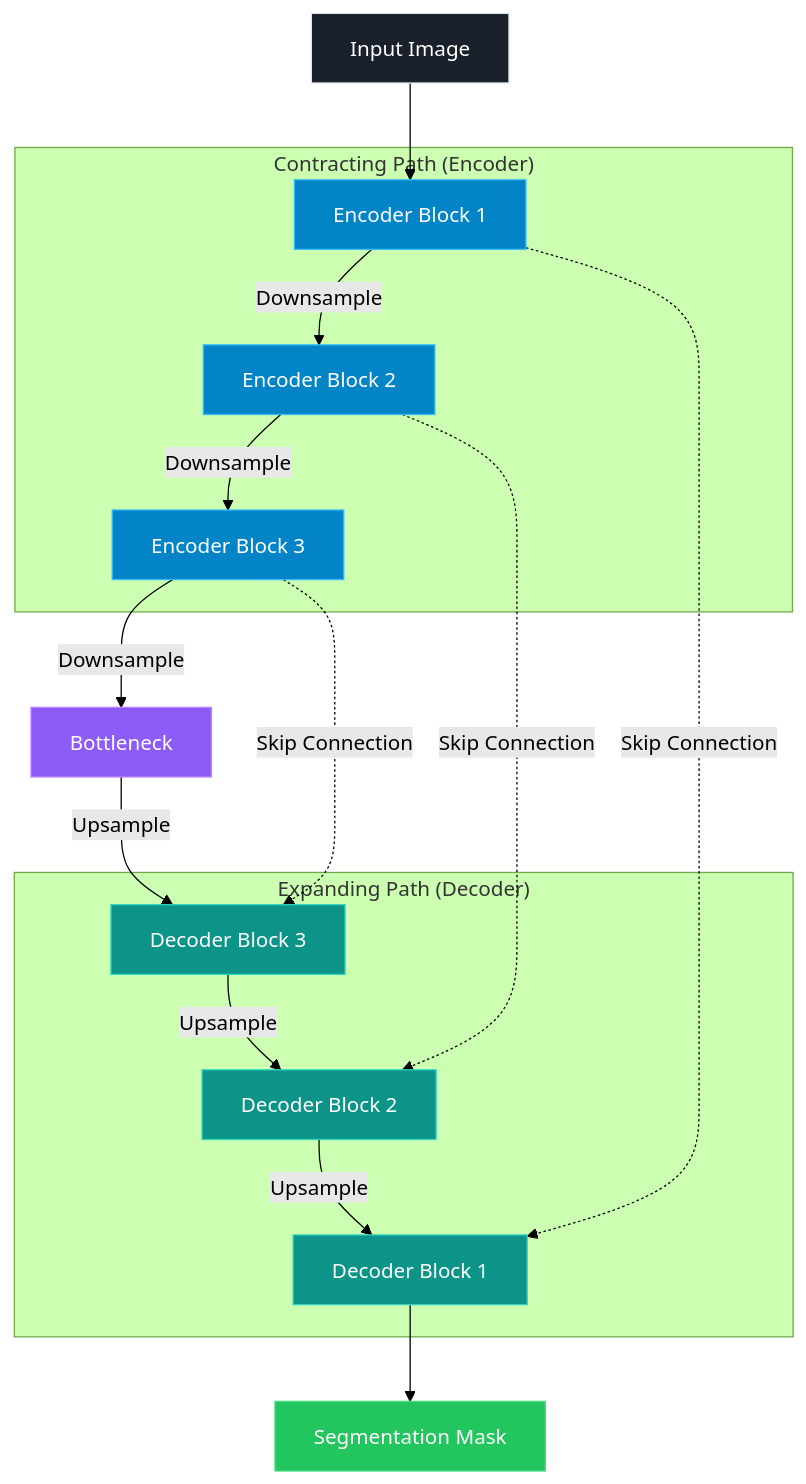
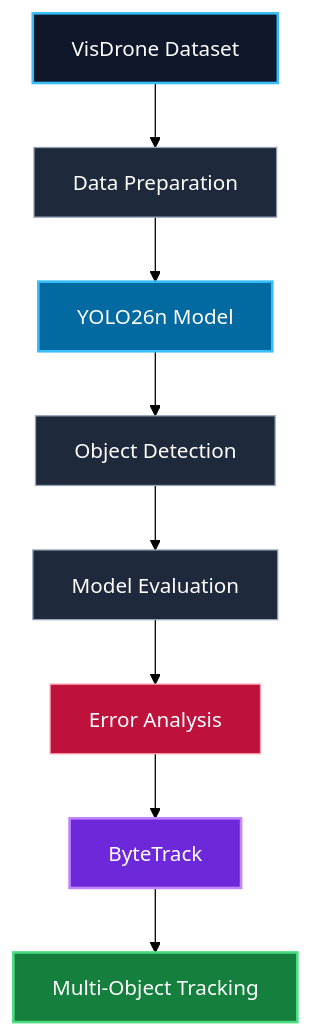
Before and after one commit to Meriem-t11y/Robust-Real-Time-Object-Detection-Tracking: the diagram in README.md, drawn with Mermaid (forest theme).

Commit message:
Revise pipeline diagram in README
Updated the pipeline diagram in the README to reflect the new data preparation and tracking processes.

````diff
--- a/README.md
+++ b/README.md
@@ -23,35 +23,20 @@
 ```mermaid
 flowchart TD
-    In[Input Image] --> Enc1[Encoder Block 1]
-    
-    subgraph Contracting_Path ["Contracting Path (Encoder)"]
-        Enc1 -->|Downsample| Enc2[Encoder Block 2]
-        Enc2 -->|Downsample| Enc3[Encoder Block 3]
-    end
-
-    Enc3 -->|Downsample| Bottleneck[Bottleneck]
-
-    subgraph Expanding_Path ["Expanding Path (Decoder)"]
-        Dec3 -->|Upsample| Dec2[Decoder Block 2]
-        Dec2 -->|Upsample| Dec1[Decoder Block 1]
-    end
-
-    Bottleneck -->|Upsample| Dec3[Decoder Block 3]
-    Dec1 --> Out[Segmentation Mask]
-
-    %% Skip Connections
-    Enc1 -.->|Skip Connection| Dec1
-    Enc2 -.->|Skip Connection| Dec2
-    Enc3 -.->|Skip Connection| Dec3
+    A[VisDrone Dataset] --> B[Data Preparation]
+    B --> C[YOLO26n Model]
+    C --> D[Object Detection]
+    D --> E[Model Evaluation]
+    E --> F[Error Analysis]
+    F --> G[ByteTrack]
+    G --> H[Multi-Object Tracking]
 
     %% Styling
-    style In fill:#1a202c,stroke:#e2e8f0,color:#fff
-    style Out fill:#22c55e,stroke:#4ade80,color:#fff
-    style Bottleneck fill:#8b5cf6,stroke:#c084fc,color:#fff
-    style Enc1 fill:#0284c7,stroke:#38bdf8,color:#fff
-    style Enc2 fill:#0284c7,stroke:#38bdf8,color:#fff
-    style Enc3 fill:#0284c7,stroke:#38bdf8,color:#fff
-    style Dec1 fill:#0d9488,stroke:#2dd4bf,color:#fff
-    style Dec2 fill:#0d9488,stroke:#2dd4bf,color:#fff
-    style Dec3 fill:#0d9488,stroke:#2dd4bf,color:#fff
+    style A fill:#0f172a,stroke:#38bdf8,stroke-width:2px,color:#fff
+    style B fill:#1e293b,stroke:#94a3b8,color:#fff
+    style C fill:#0369a1,stroke:#38bdf8,stroke-width:2px,color:#fff
+    style D fill:#1e293b,stroke:#94a3b8,color:#fff
+    style E fill:#1e293b,stroke:#94a3b8,color:#fff
+    style F fill:#be123c,stroke:#fda4af,color:#fff
+    style G fill:#6d28d9,stroke:#c084fc,stroke-width:2px,color:#fff
+    style H fill:#15803d,stroke:#4ade80,stroke-width:2px,color:#fff
 ```
````
